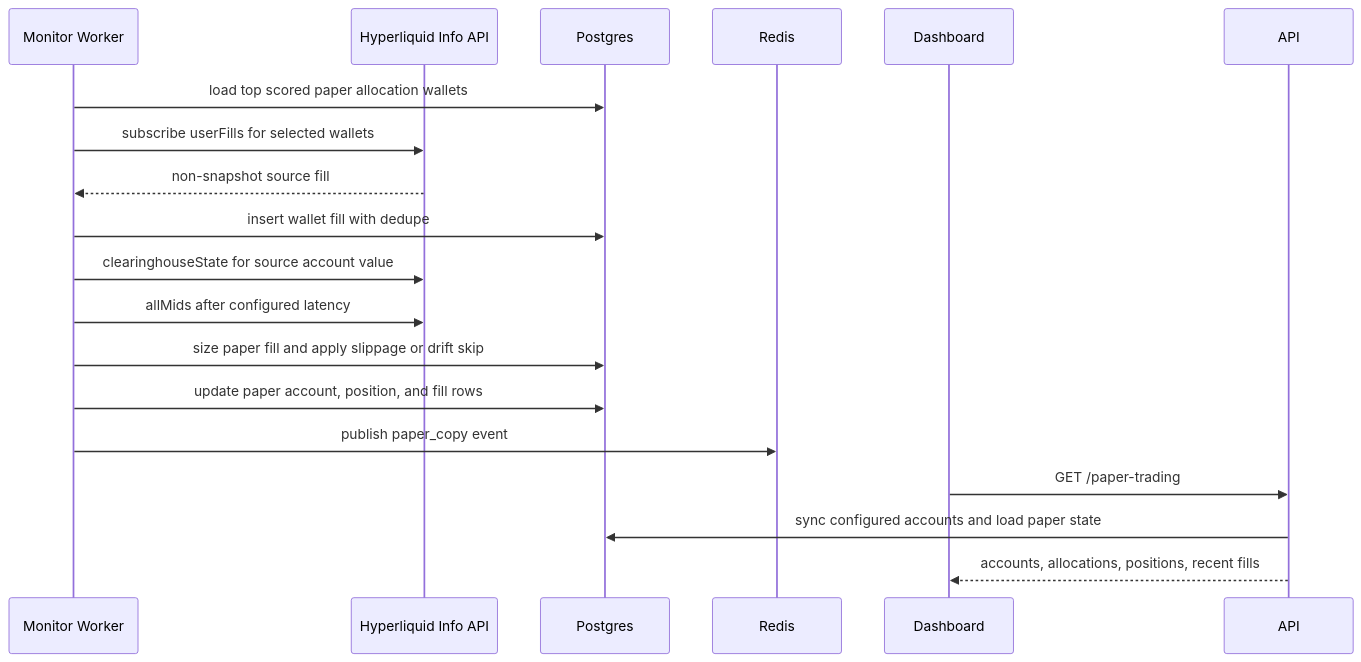
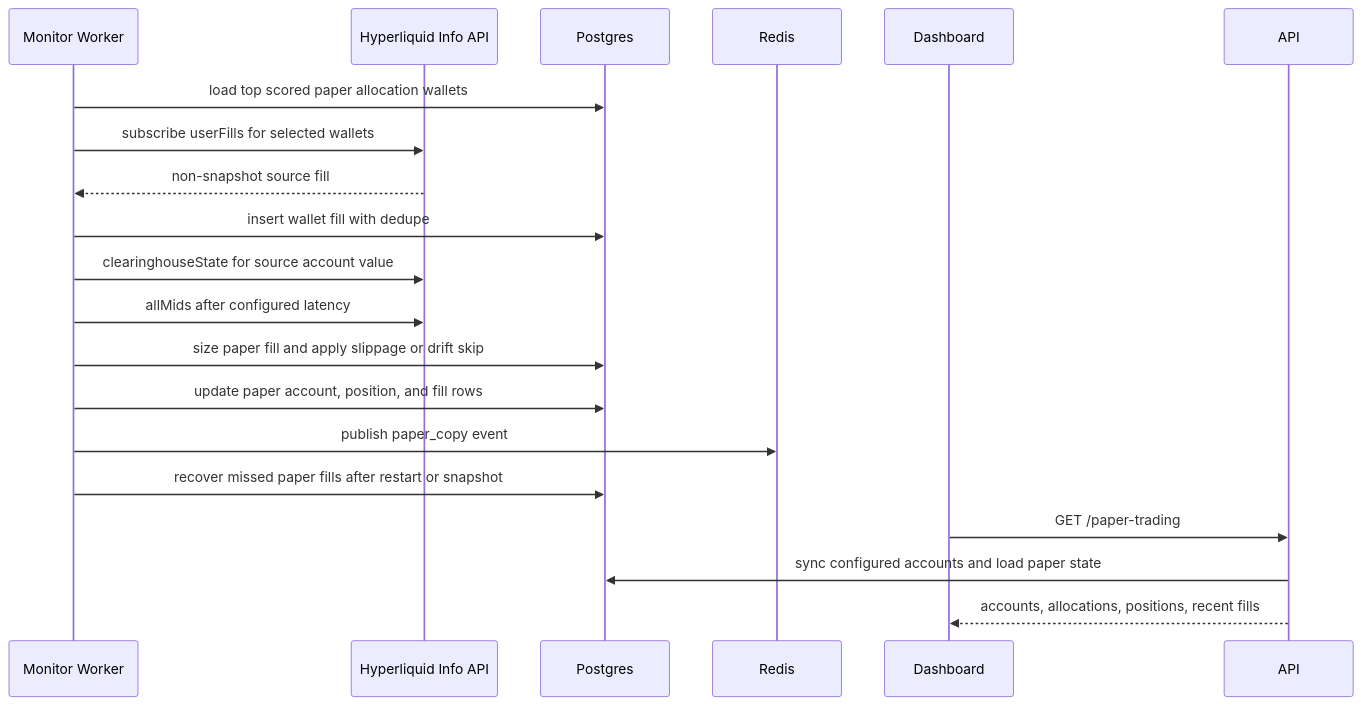
The ninth of 9 diagrams in docs/architecture.md (DrottPoker/copytrading-agent), drawn with Mermaid before and after one commit. The commit also changed other lines of this file and 5 other files, not shown here.

````diff
--- a/docs/architecture.md
+++ b/docs/architecture.md
@@ -371,21 +371,22 @@
 ```mermaid
 sequenceDiagram
   participant Worker as Monitor Worker
   participant HL as Hyperliquid Info API
   participant DB as Postgres
   participant Redis as Redis
   participant UI as Dashboard
 
   Worker->>DB: load top scored paper allocation wallets
   Worker->>HL: subscribe userFills for selected wallets
   HL-->>Worker: non-snapshot source fill
   Worker->>DB: insert wallet fill with dedupe
   Worker->>HL: clearinghouseState for source account value
   Worker->>HL: allMids after configured latency
   Worker->>DB: size paper fill and apply slippage or drift skip
   Worker->>DB: update paper account, position, and fill rows
   Worker->>Redis: publish paper_copy event
+  Worker->>DB: recover missed paper fills after restart or snapshot
   UI->>API: GET /paper-trading
   API->>DB: sync configured accounts and load paper state
   API-->>UI: accounts, allocations, positions, recent fills
 ```
````
